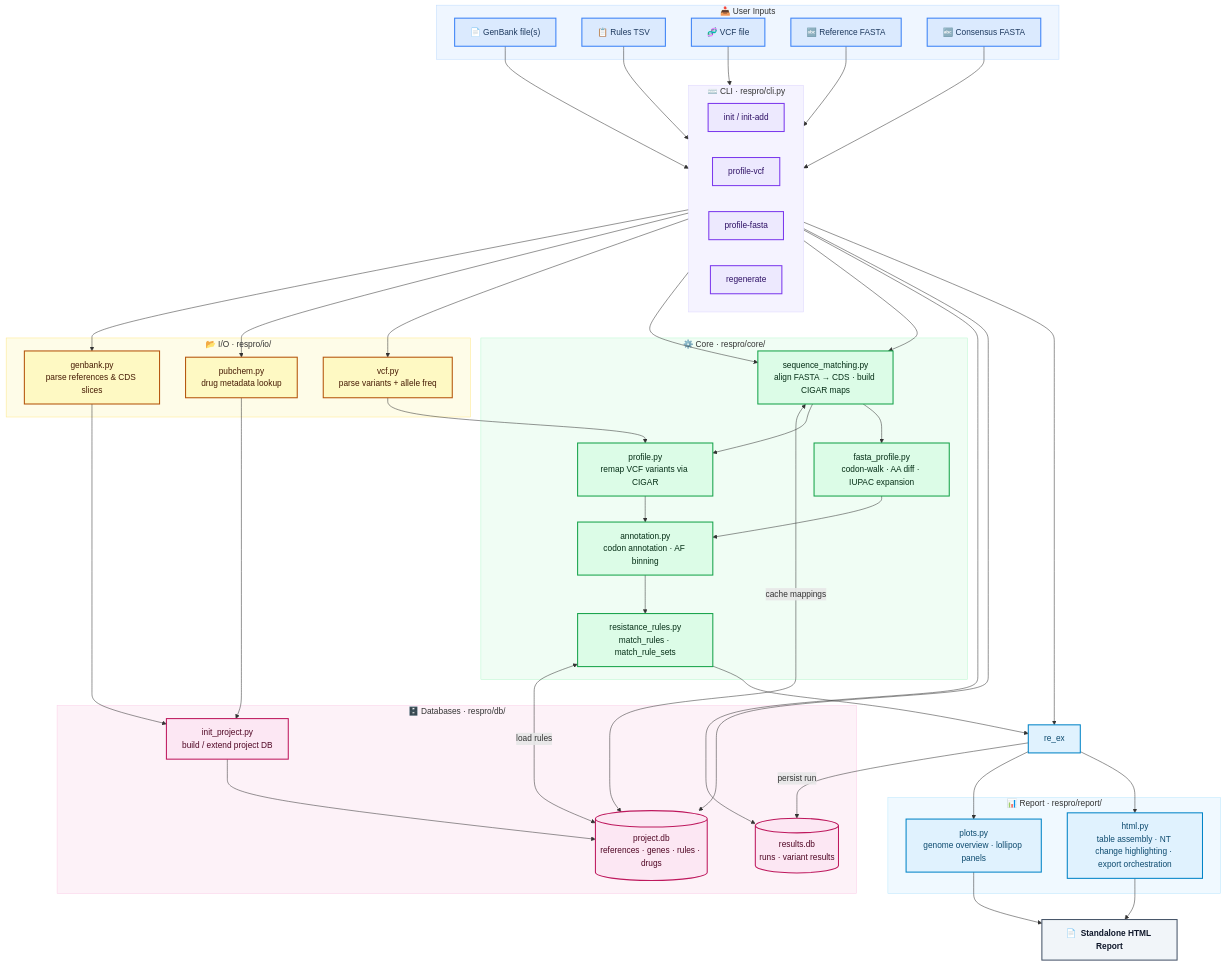
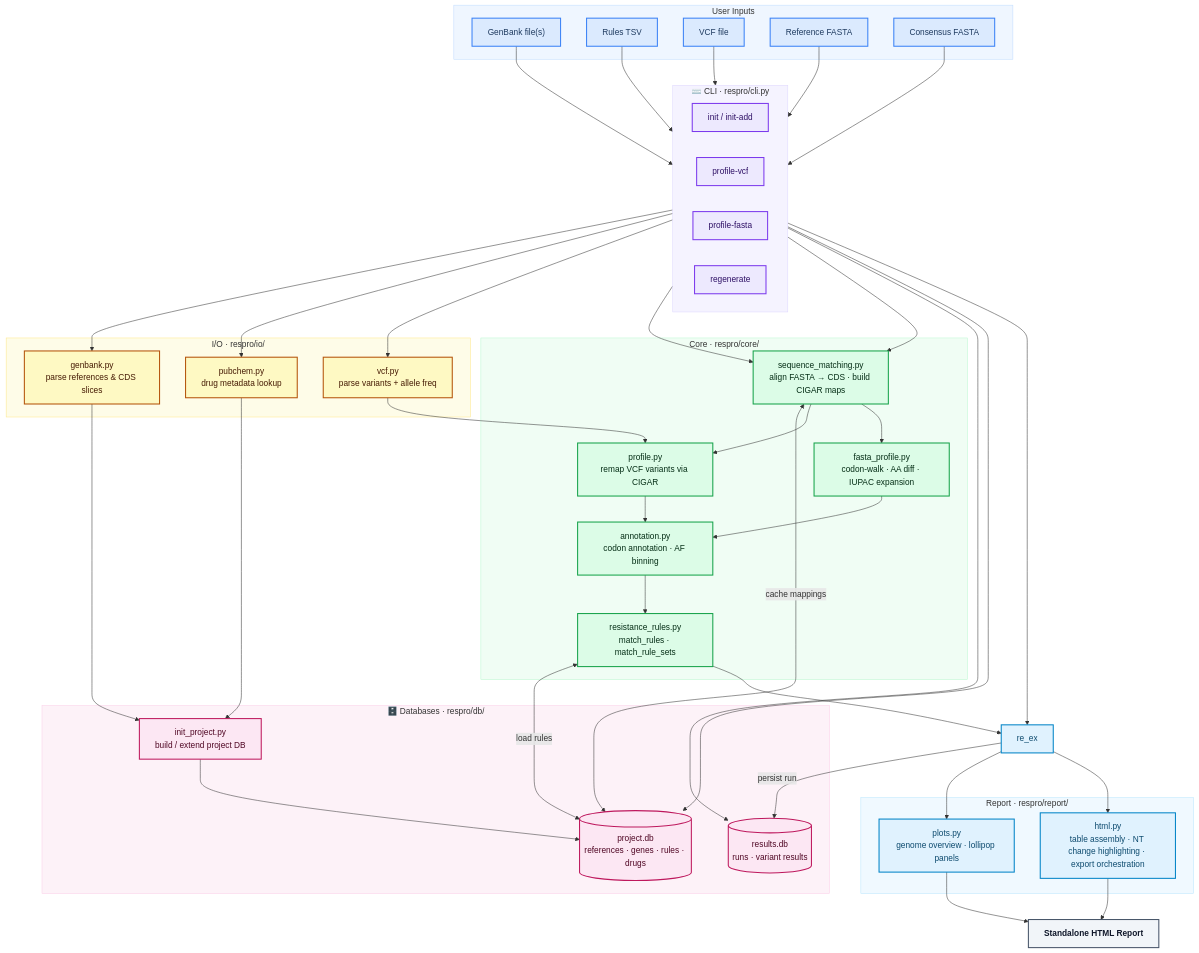
Before and after one commit to the-foxlab/ResistanceProfiler: the diagram in docs/project-structure.md, drawn with Mermaid. The commit also changed other lines of this file and 19 other files, not shown here.

```diff
--- a/docs/project-structure.md
+++ b/docs/project-structure.md
@@ -58,12 +58,12 @@
     classDef outputStyle  fill:#f1f5f9,stroke:#475569,stroke-width:2px,color:#0f172a,font-weight:bold
 
     %% ── Input files ──────────────────────────────────────────────────
-    subgraph IN["📥  User Inputs"]
-        i_gb["📄 GenBank file(s)"]
-        i_tsv["📋 Rules TSV"]
-        i_vcf["🧬 VCF file"]
-        i_rfasta["🔤 Reference FASTA"]
-        i_cfasta["🔤 Consensus FASTA"]
+    subgraph IN["User Inputs"]
+        i_gb["GenBank file(s)"]
+        i_tsv["Rules TSV"]
+        i_vcf["VCF file"]
+        i_rfasta["Reference FASTA"]
+        i_cfasta["Consensus FASTA"]
     end
 
     %% ── CLI layer ────────────────────────────────────────────────────
@@ -76,14 +76,14 @@
     end
 
     %% ── I/O parsers ──────────────────────────────────────────────────
-    subgraph IO["📂  I/O  ·  respro/io/"]
+    subgraph IO["I/O  ·  respro/io/"]
         io_gb["genbank.py\nparse references & CDS slices"]
         io_vcf["vcf.py\nparse variants + allele freq"]
         io_pc["pubchem.py\ndrug metadata lookup"]
     end
 
     %% ── Core logic ───────────────────────────────────────────────────
-    subgraph CORE["⚙️  Core  ·  respro/core/"]
+    subgraph CORE["Core  ·  respro/core/"]
         co_sm["sequence_matching.py\nalign FASTA → CDS · build CIGAR maps"]
         co_pr["profile.py\nremap VCF variants via CIGAR"]
         co_fp["fasta_profile.py\ncodon-walk · AA diff · IUPAC expansion"]
@@ -99,12 +99,12 @@
     end
 
     %% ── Report layer ─────────────────────────────────────────────────
-    subgraph REP["📊  Report  ·  respro/report/"]
+    subgraph REP["Report  ·  respro/report/"]
         re_pl["plots.py\ngenome overview · lollipop panels"]
         re_ht["html.py\ntable assembly · NT change highlighting · export orchestration"]
     end
 
-    out_html["📄  Standalone HTML Report"]
+    out_html["Standalone HTML Report"]
 
     %% ── Init pipeline ────────────────────────────────────────────────
     i_gb & i_tsv --> c_init
```
